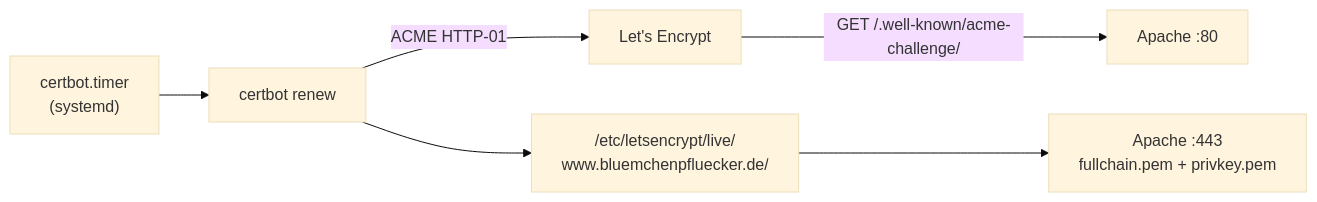
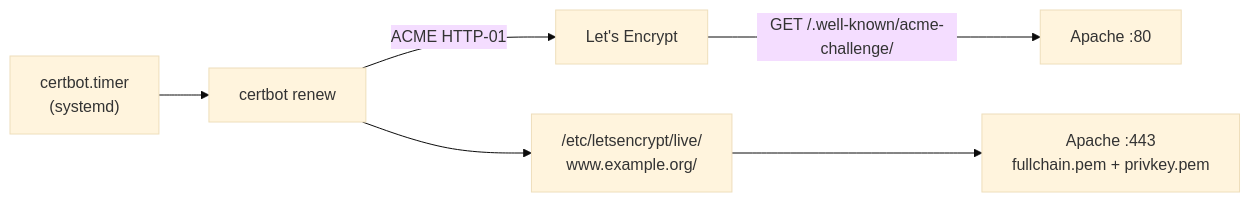
One commit to AnThi2022/bp-server-doku-public changed the fifth of 6 diagrams in docs/01-architektur.md. Above: the diagram before and after it, drawn with Mermaid (base theme). The commit also changed other lines of this file and 6 other files, not shown here.

Commit message:
Domain durch Platzhalter example.org/example.com ersetzt

````diff
--- a/docs/01-architektur.md
+++ b/docs/01-architektur.md
@@ -108,8 +108,8 @@
 ```mermaid
 flowchart LR
     T["certbot.timer<br/>(systemd)"] --> C["certbot renew"]
     C -- "ACME HTTP-01" --> LE["Let's Encrypt"]
     LE -- "GET /.well-known/acme-challenge/" --> A["Apache :80"]
-    C --> F["/etc/letsencrypt/live/<br/>www.bluemchenpfluecker.de/"]
+    C --> F["/etc/letsencrypt/live/<br/>www.example.org/"]
     F --> A2["Apache :443<br/>fullchain.pem + privkey.pem"]
 ```
````
